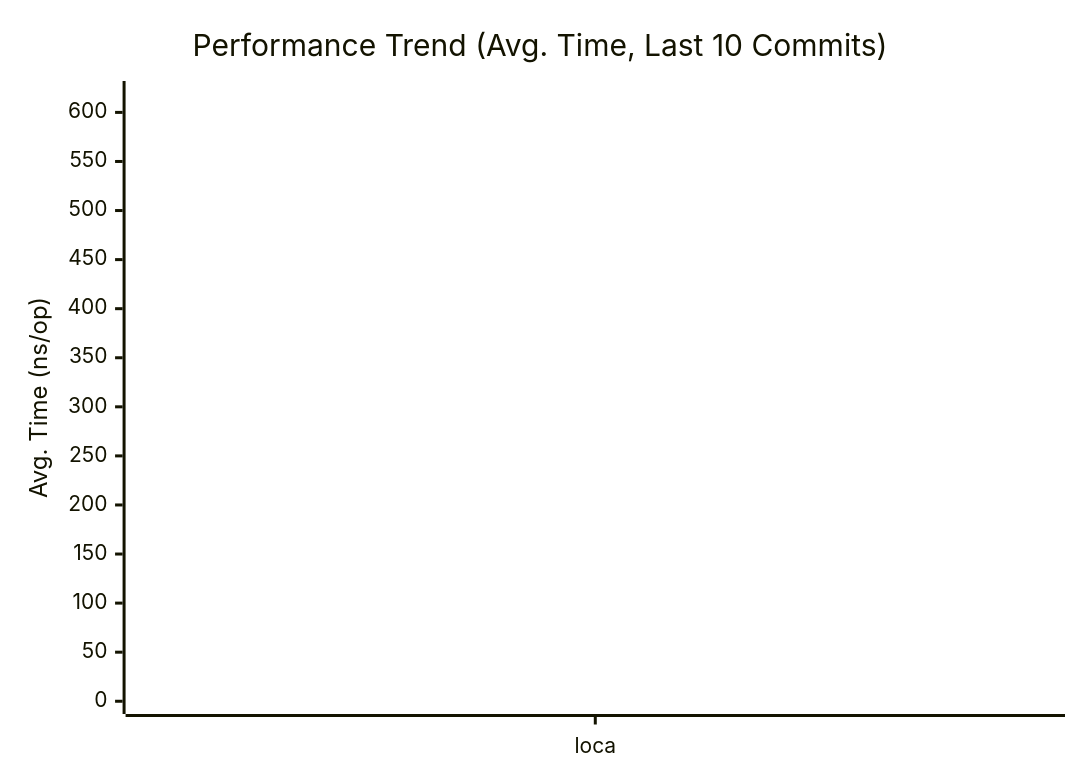
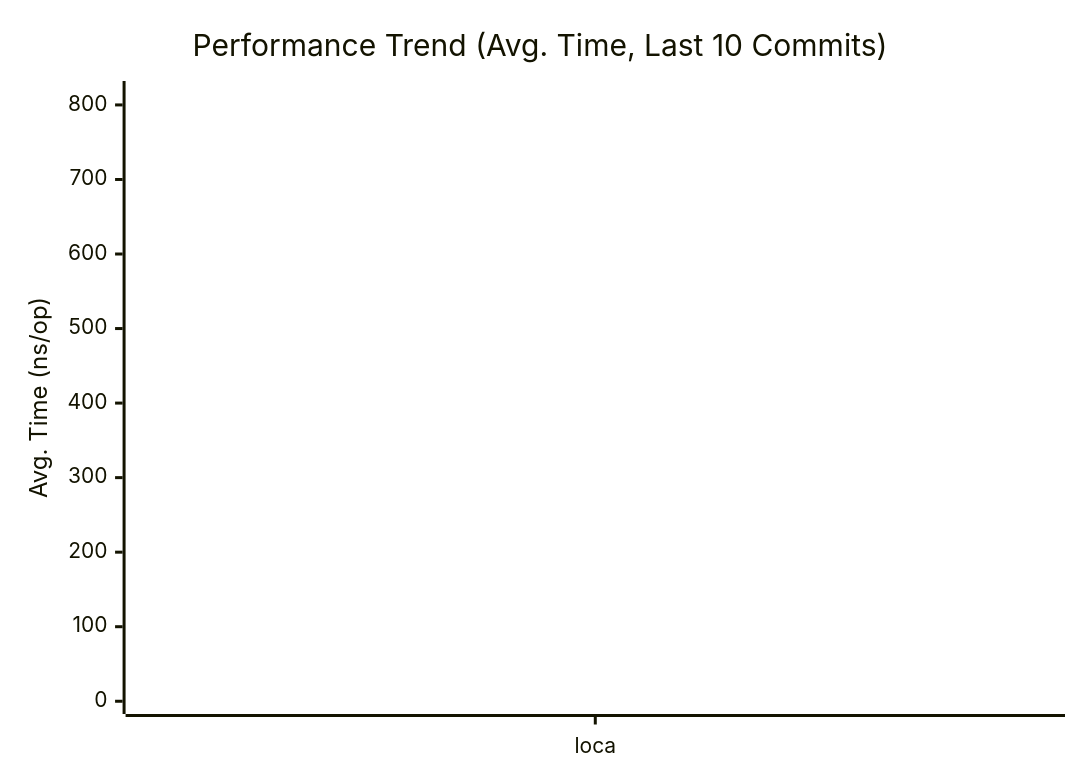
Before and after one commit to alsotoes/momo: the first of 3 diagrams in docs/PERFORMANCE.md, drawn with Mermaid. The commit also changed other lines of this file and 2 other files, not shown here.

````diff
--- a/docs/PERFORMANCE.md
+++ b/docs/PERFORMANCE.md
@@ -80,16 +80,16 @@
 ```mermaid
 xychart-beta
     title "Performance Trend (Avg. Time, Last 10 Commits)"
     x-axis "Commit"
     y-axis "Avg. Time (ns/op)"
     x-axis [loca]
-    line "CheckMetricsAndSwap" [6,7,14,7,6,6,7,9,10,9]
-    line "CrushOptimized" [265,295,618,264,255,245,263,331,366,340]
-    line "CrushOriginal" [399,426,831,362,367,368,359,470,546,445]
-    line "IndexDirectTracking" [0,0,1,0,0,0,0,0,1,0]
-    line "IndexSearch" [3,3,4,3,3,3,3,3,3,3]
-    line "LoadGlobalConfig" [619,815,1442,632,613,599,626,800,1058,808]
-    line "PadString" [2,2,3,2,2,2,2,2,2,2]
+    line "CheckMetricsAndSwap" [7,14,7,6,6,7,9,10,9,8]
+    line "CrushOptimized" [295,618,264,255,245,263,331,366,340,356]
+    line "CrushOriginal" [426,831,362,367,368,359,470,546,445,576]
+    line "IndexDirectTracking" [0,1,0,0,0,0,0,1,0,0]
+    line "IndexSearch" [3,4,3,3,3,3,3,3,3,3]
+    line "LoadGlobalConfig" [815,1442,632,613,599,626,800,1058,808,873]
+    line "PadString" [2,3,2,2,2,2,2,2,2,2]
     line "ParseReplicationOrder_NoPrealloc" [350,349,357,354,345,225,229,165,232,234]
     line "ParseReplicationOrder_Prealloc" [229,231,237,234,229,108,107,80,110,109]
 ```
````
